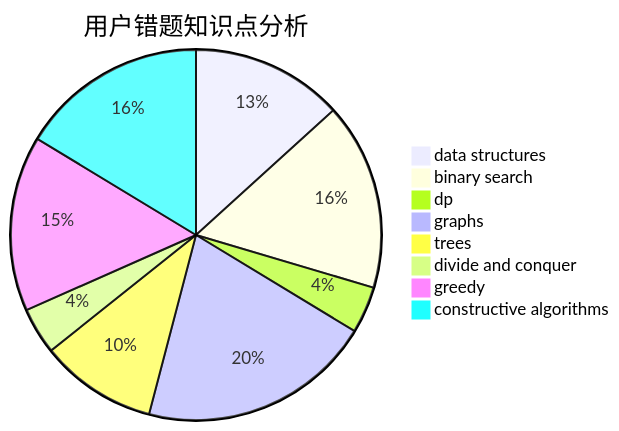
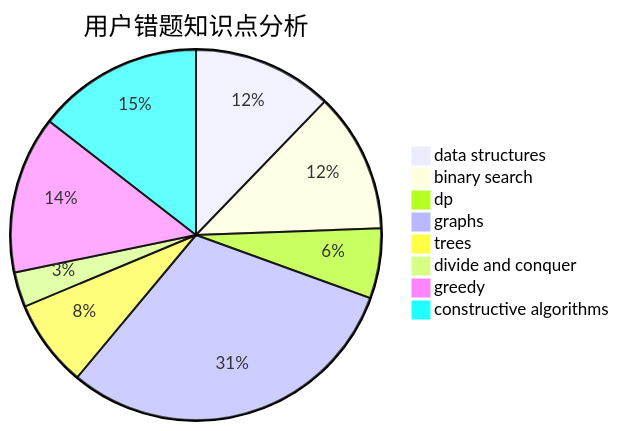
The third of 3 diagrams in docs/user/u2401.md (sherpahu/cfrs.github.io), drawn with Mermaid before and after one commit. The commit also changed other lines of this file and 2770 other files, not shown here.

````diff
--- a/docs/user/u2401.md
+++ b/docs/user/u2401.md
@@ -36,11 +36,11 @@
 ```mermaid
 pie title 用户错题知识点分析
-    "data structures" :  13
+    "data structures" :  16
     "binary search" :  16
-    "dp" :  4
-    "graphs" :  20
+    "dp" :  8
+    "graphs" :  40
     "trees" :  10
     "divide and conquer" :  4
-    "greedy" :  15
-    "constructive algorithms" :  16
+    "greedy" :  18
+    "constructive algorithms" :  19
 ```
````
